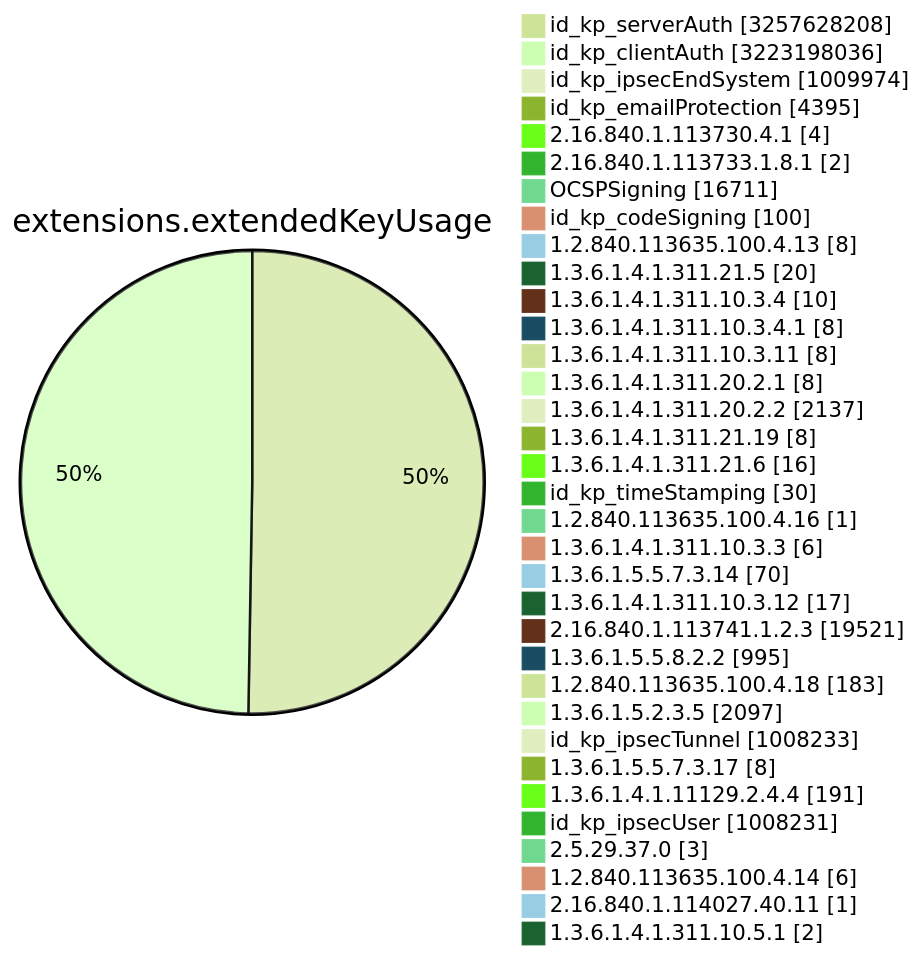
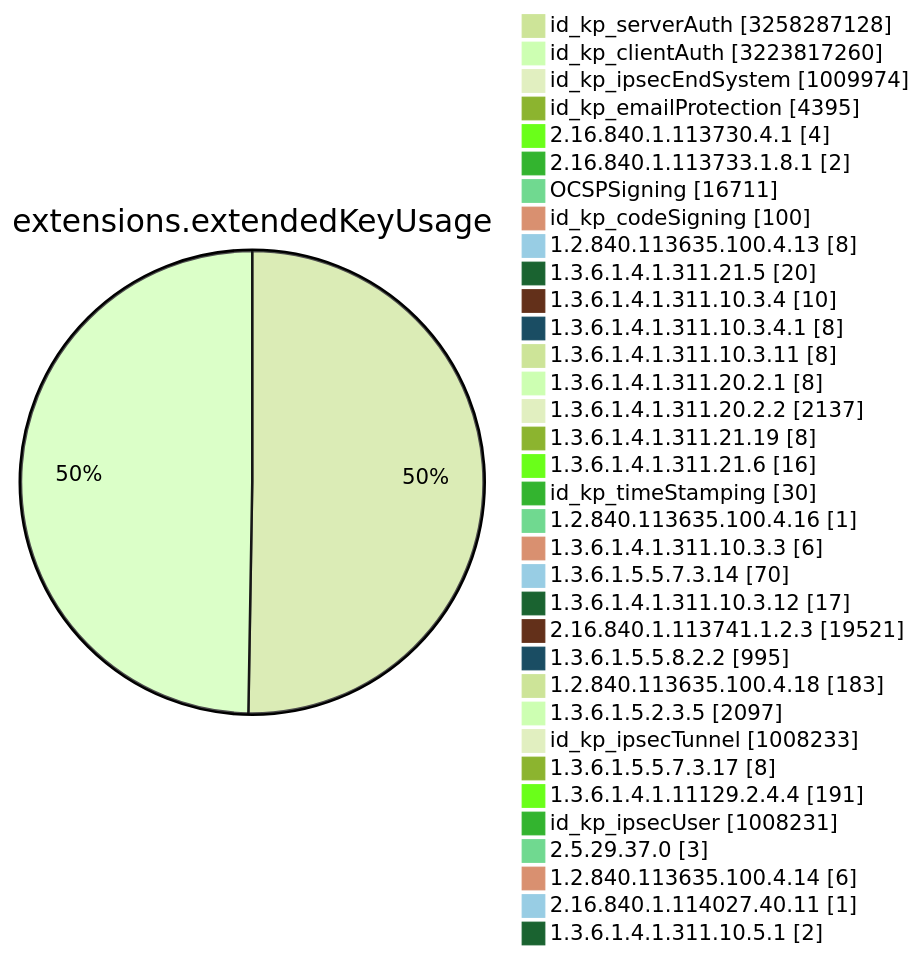
Before and after one commit to christiankrug/ctmonitor_visualization: diagram 11 of 15 in TOTAL/README.md, drawn with Mermaid (forest theme). The commit also changed other lines of this file, not shown here.

````diff
--- a/TOTAL/README.md
+++ b/TOTAL/README.md
@@ -4119,38 +4119,38 @@
 ```mermaid
 pie showData
 title extensions.extendedKeyUsage
-"id_kp_serverAuth" :3257628208
-"id_kp_clientAuth" :3223198036
+"id_kp_serverAuth" :3258287128
+"id_kp_clientAuth" :3223817260
 "id_kp_ipsecEndSystem" :1009974
 "id_kp_emailProtection" :4395
 "2.16.840.1.113730.4.1" :4
 "2.16.840.1.113733.1.8.1" :2
 "OCSPSigning" :16711
 "id_kp_codeSigning" :100
 "1.2.840.113635.100.4.13" :8
 "1.3.6.1.4.1.311.21.5" :20
 "1.3.6.1.4.1.311.10.3.4" :10
 "1.3.6.1.4.1.311.10.3.4.1" :8
 "1.3.6.1.4.1.311.10.3.11" :8
 "1.3.6.1.4.1.311.20.2.1" :8
 "1.3.6.1.4.1.311.20.2.2" :2137
 "1.3.6.1.4.1.311.21.19" :8
 "1.3.6.1.4.1.311.21.6" :16
 "id_kp_timeStamping" :30
 "1.2.840.113635.100.4.16" :1
 "1.3.6.1.4.1.311.10.3.3" :6
 "1.3.6.1.5.5.7.3.14" :70
 "1.3.6.1.4.1.311.10.3.12" :17
 "2.16.840.1.113741.1.2.3" :19521
 "1.3.6.1.5.5.8.2.2" :995
 "1.2.840.113635.100.4.18" :183
 "1.3.6.1.5.2.3.5" :2097
 "id_kp_ipsecTunnel" :1008233
 "1.3.6.1.5.5.7.3.17" :8
 "1.3.6.1.4.1.11129.2.4.4" :191
 "id_kp_ipsecUser" :1008231
 "2.5.29.37.0" :3
 "1.2.840.113635.100.4.14" :6
 "2.16.840.1.114027.40.11" :1
 "1.3.6.1.4.1.311.10.5.1" :2
 ```
````
